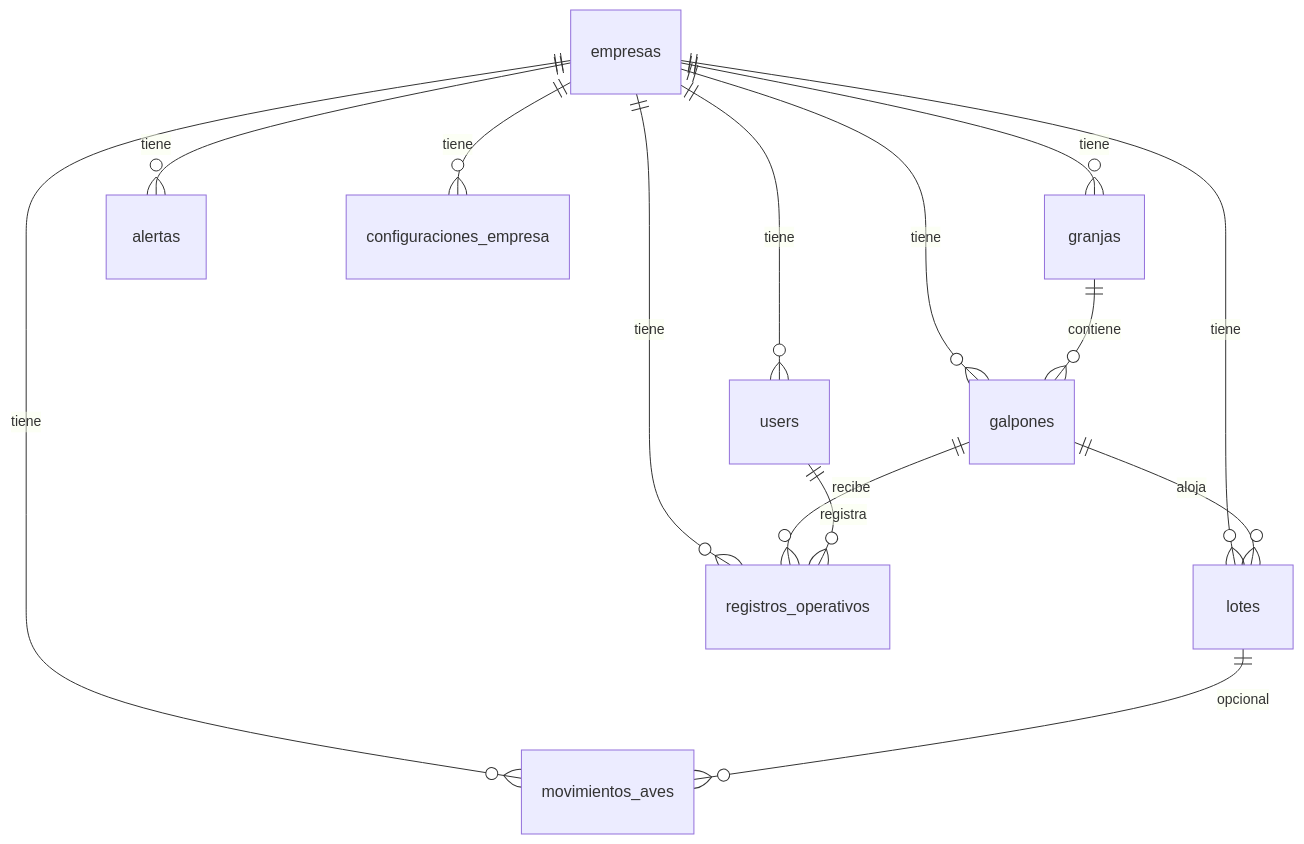
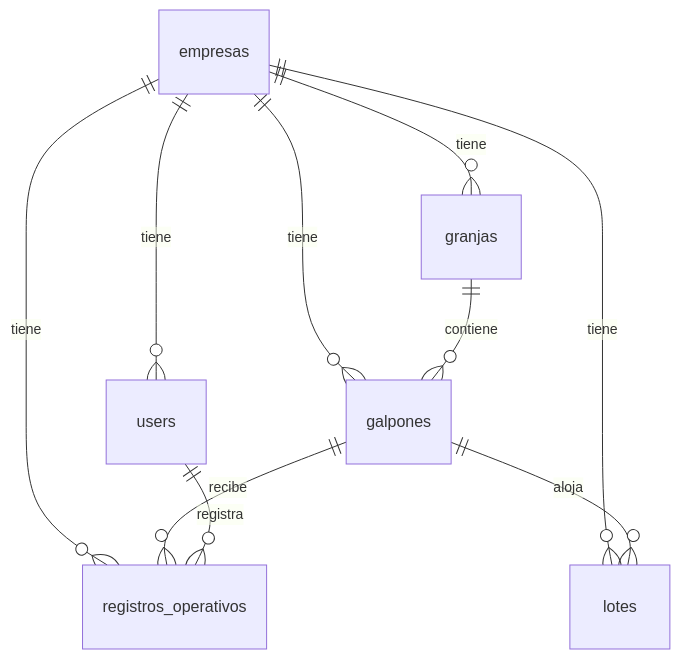
The diagram in docs/reference/estructura-base-datos.md (MarioB235/avi-core), drawn with Mermaid before and after one commit. The commit also changed other lines of this file and 63 other files, not shown here.

````diff
--- a/docs/reference/estructura-base-datos.md
+++ b/docs/reference/estructura-base-datos.md
@@ -13,16 +14,12 @@
 ```mermaid
 erDiagram
     empresas ||--o{ users : tiene
     empresas ||--o{ granjas : tiene
     empresas ||--o{ galpones : tiene
     empresas ||--o{ lotes : tiene
     empresas ||--o{ registros_operativos : tiene
-    empresas ||--o{ movimientos_aves : tiene
-    empresas ||--o{ alertas : tiene
-    empresas ||--o{ configuraciones_empresa : tiene
     granjas ||--o{ galpones : contiene
     galpones ||--o{ lotes : aloja
     galpones ||--o{ registros_operativos : recibe
     users ||--o{ registros_operativos : registra
-    lotes ||--o{ movimientos_aves : opcional
 ```
````
